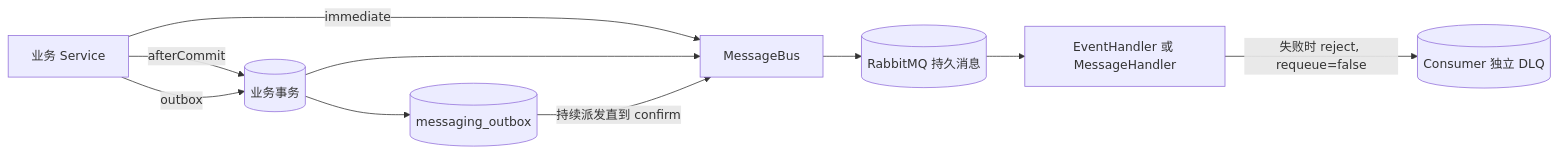
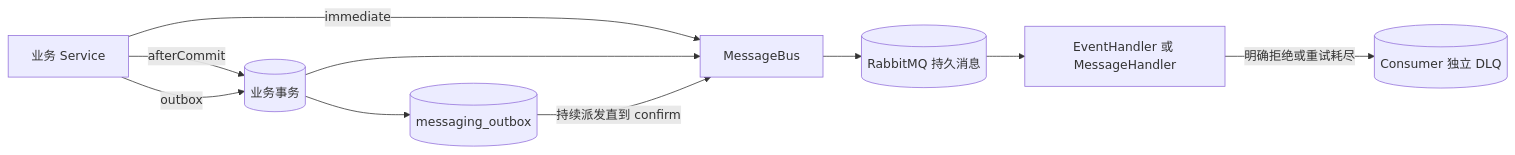
One commit to SH-XiaoXiu/sca4d-j changed the first of 3 diagrams in docs/tutorials/messaging-and-notification.md. Above: the diagram before and after it, drawn with Mermaid. The commit also changed other lines of this file and 1122 other files, not shown here.

````diff
--- a/docs/tutorials/messaging-and-notification.md
+++ b/docs/tutorials/messaging-and-notification.md
@@ -27,16 +29,16 @@
 ```mermaid
 flowchart LR
     Service[业务 Service]
     Tx[(业务事务)]
     Outbox[(messaging_outbox)]
     Publisher[MessageBus]
     Rabbit[(RabbitMQ 持久消息)]
     Consumer[EventHandler 或 MessageHandler]
     DLQ[(Consumer 独立 DLQ)]
 
     Service -->|immediate| Publisher
     Service -->|afterCommit| Tx --> Publisher
     Service -->|outbox| Tx --> Outbox
     Outbox -->|持续派发直到 confirm| Publisher --> Rabbit --> Consumer
-    Consumer -->|失败时 reject, requeue=false| DLQ
+    Consumer -->|明确拒绝或重试耗尽| DLQ
 ```
````
